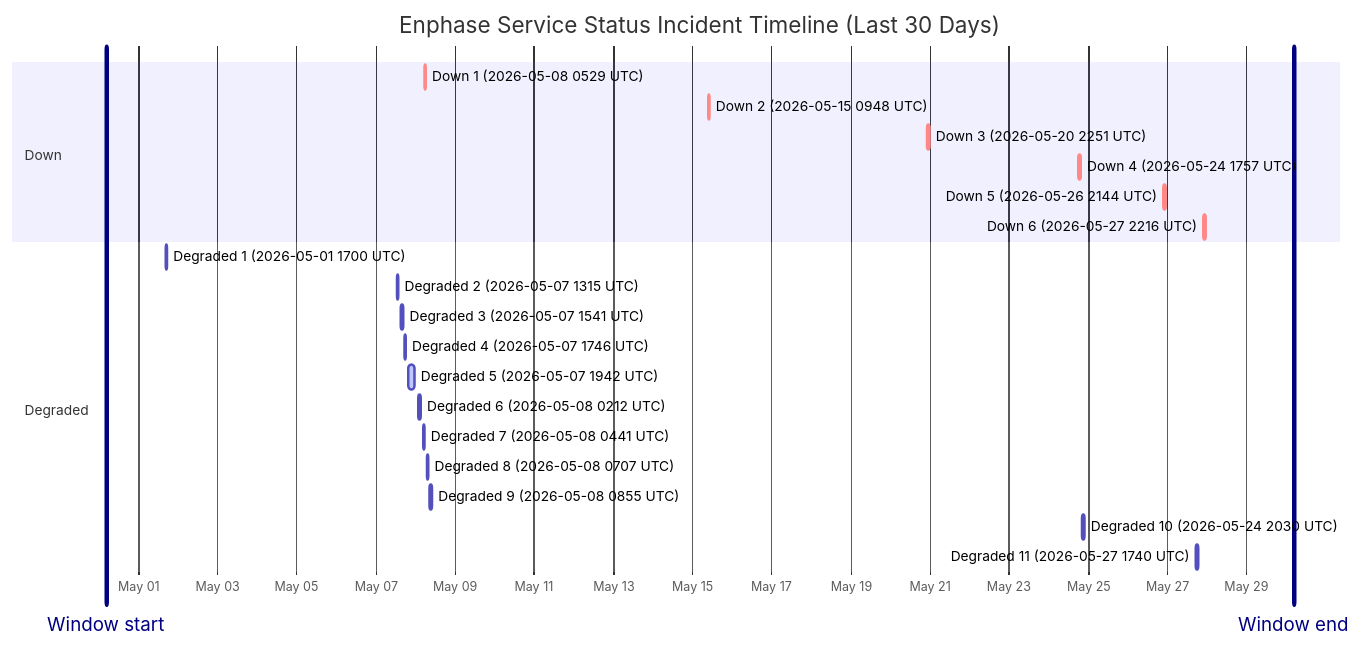
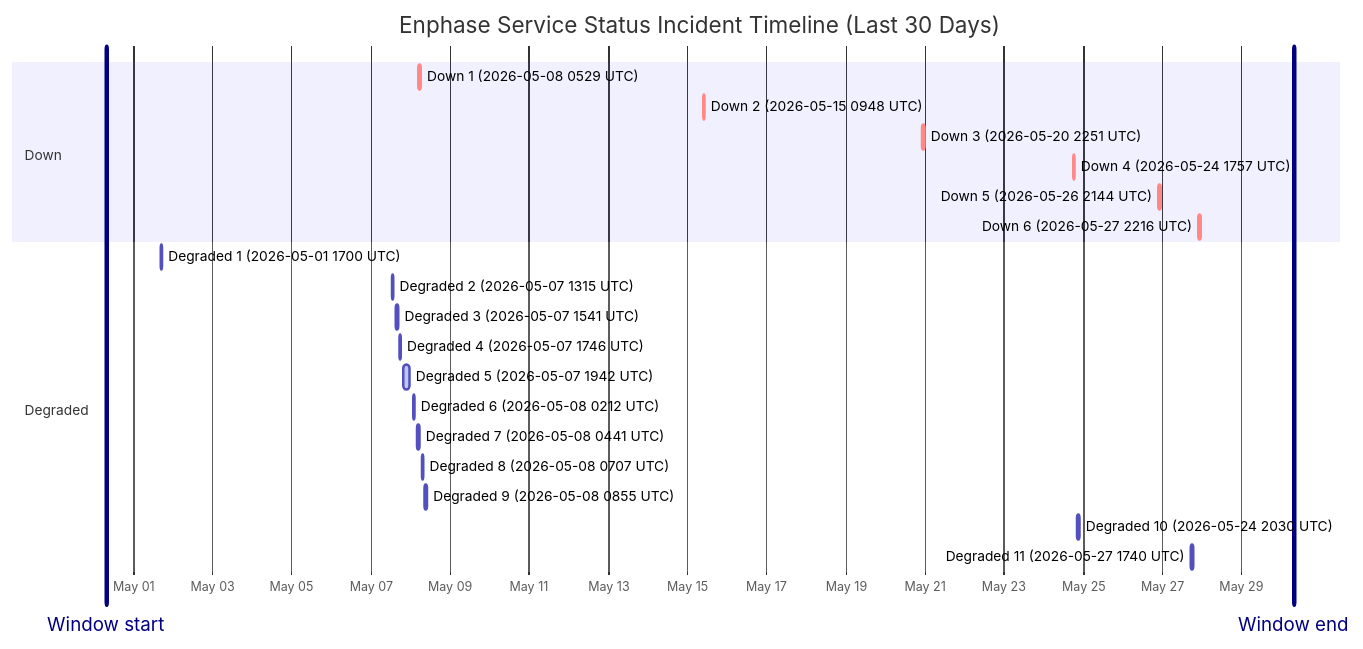
Before and after one commit to barneyonline/ha-enphase-ev-charger: the diagram in wiki/Service-Status-History.md, drawn with Mermaid. The commit also changed other lines of this file and 3 other files, not shown here.

````diff
--- a/wiki/Service-Status-History.md
+++ b/wiki/Service-Status-History.md
@@ -14,27 +14,27 @@
 ```mermaid
 gantt
     title Enphase Service Status Incident Timeline (Last 30 Days)
     dateFormat  YYYY-MM-DDTHH:mm:ss
     axisFormat  %b %d
-    Window start :vert, window-start, 2026-04-30T04:33:27, 0ms
-    Window end :vert, window-end, 2026-05-30T04:33:27, 0ms
+    Window start :vert, window-start, 2026-04-30T07:40:21, 0ms
+    Window end :vert, window-end, 2026-05-30T07:40:21, 0ms
     section Down
     Down 1 (2026-05-08 0529 UTC) :crit, down-1, 2026-05-08T05:29:47, 60m
     Down 2 (2026-05-15 0948 UTC) :crit, down-2, 2026-05-15T09:48:18, 60m
     Down 3 (2026-05-20 2251 UTC) :crit, down-3, 2026-05-20T22:51:14, 75m
     Down 4 (2026-05-24 1757 UTC) :crit, down-4, 2026-05-24T17:57:41, 86m
     Down 5 (2026-05-26 2144 UTC) :crit, down-5, 2026-05-26T21:44:11, 85m
     Down 6 (2026-05-27 2216 UTC) :crit, down-6, 2026-05-27T22:16:53, 87m
     section Degraded
     Degraded 1 (2026-05-01 1700 UTC) :active, degraded-1, 2026-05-01T17:00:22, 60m
     Degraded 2 (2026-05-07 1315 UTC) :active, degraded-2, 2026-05-07T13:15:25, 60m
     Degraded 3 (2026-05-07 1541 UTC) :active, degraded-3, 2026-05-07T15:41:58, 60m
     Degraded 4 (2026-05-07 1746 UTC) :active, degraded-4, 2026-05-07T17:46:51, 60m
     Degraded 5 (2026-05-07 1942 UTC) :active, degraded-5, 2026-05-07T19:42:10, 249m
     Degraded 6 (2026-05-08 0212 UTC) :active, degraded-6, 2026-05-08T02:12:39, 60m
     Degraded 7 (2026-05-08 0441 UTC) :active, degraded-7, 2026-05-08T04:41:46, 60m
     Degraded 8 (2026-05-08 0707 UTC) :active, degraded-8, 2026-05-08T07:07:30, 60m
     Degraded 9 (2026-05-08 0855 UTC) :active, degraded-9, 2026-05-08T08:55:20, 88m
     Degraded 10 (2026-05-24 2030 UTC) :active, degraded-10, 2026-05-24T20:30:57, 84m
     Degraded 11 (2026-05-27 1740 UTC) :active, degraded-11, 2026-05-27T17:40:52, 60m
 ```
````
